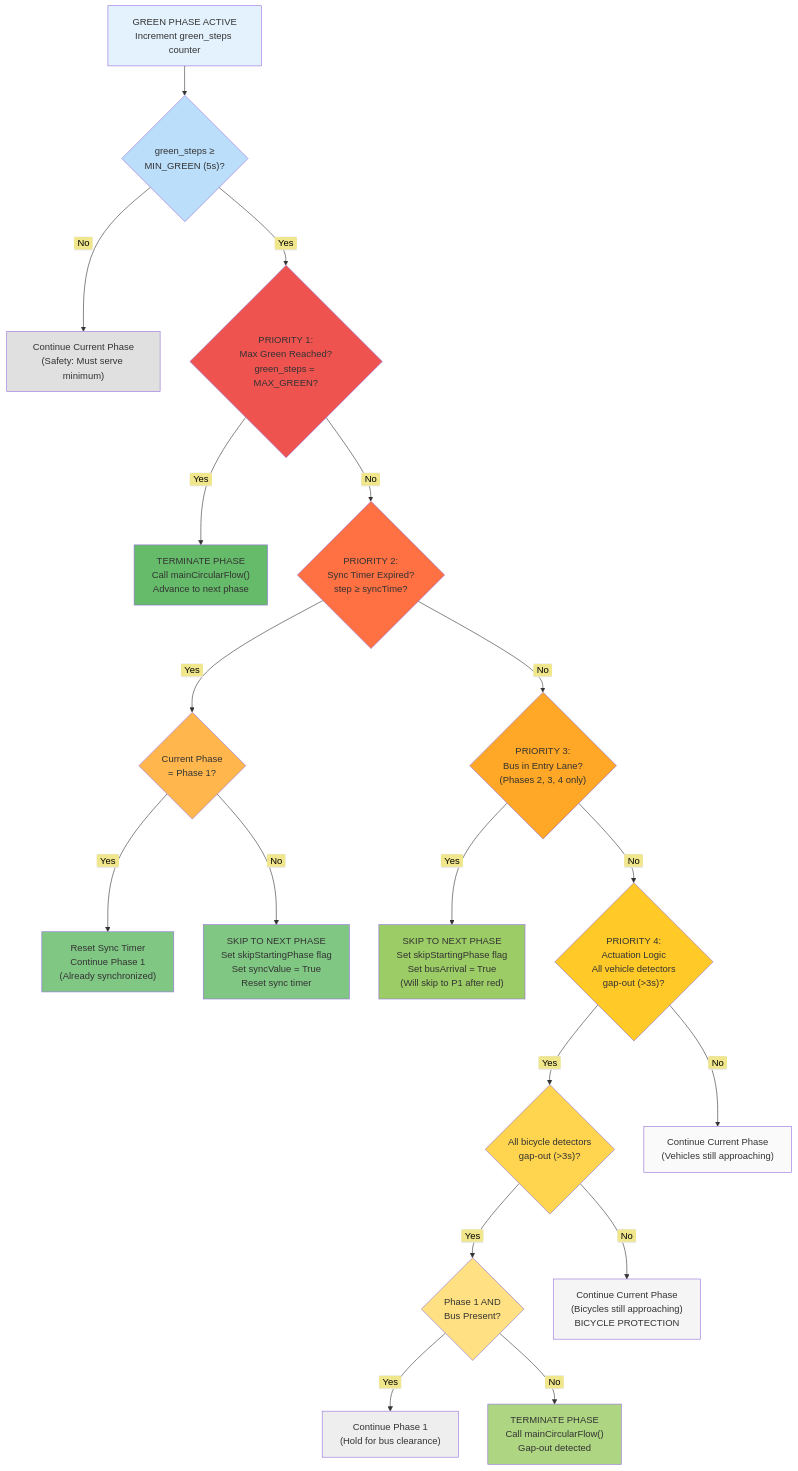
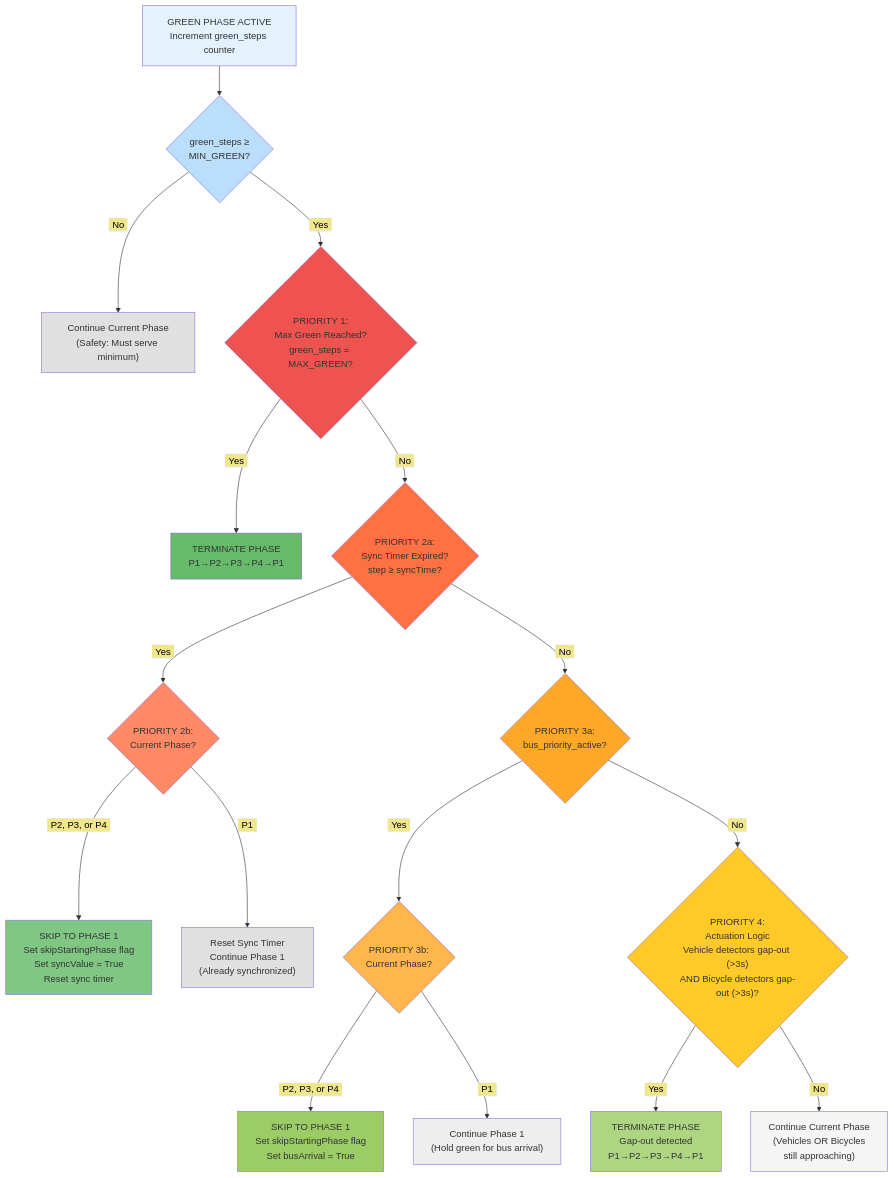
One commit to Chaklader/SignalSyncPro changed the first of 5 diagrams in papers/Rule_Based_Control_DEV.md. Above: the diagram before and after it, drawn with Mermaid. The commit also changed other lines of this file, not shown here.

````diff
--- a/papers/Rule_Based_Control_DEV.md
+++ b/papers/Rule_Based_Control_DEV.md
@@ -53,55 +10,49 @@
 ```mermaid
 flowchart TD
-    GreenStart["GREEN PHASE ACTIVE<br>Increment green_steps counter"] --> MinGreenCheck{"green_steps ≥<br>MIN_GREEN (5s)?"}
+    GreenStart["GREEN PHASE ACTIVE<br>Increment green_steps counter"] --> MinGreenCheck{"green_steps ≥<br>MIN_GREEN?"}
 
     MinGreenCheck -->|<span style='background-color:khaki; color:black; padding:2px 6px; border-radius:3px'>No</span>| Continue0["Continue Current Phase<br>(Safety: Must serve minimum)"]
 
     MinGreenCheck -->|<span style='background-color:khaki; color:black; padding:2px 6px; border-radius:3px'>Yes</span>| Priority1{"PRIORITY 1:<br>Max Green Reached?<br>green_steps = MAX_GREEN?"}
 
-    Priority1 -->|<span style='background-color:khaki; color:black; padding:2px 6px; border-radius:3px'>Yes</span>| Action1["TERMINATE PHASE<br>Call mainCircularFlow()<br>Advance to next phase"]
+    Priority1 -->|<span style='background-color:khaki; color:black; padding:2px 6px; border-radius:3px'>Yes</span>| Action1["TERMINATE PHASE<br>P1→P2→P3→P4→P1"]
 
-    Priority1 -->|<span style='background-color:khaki; color:black; padding:2px 6px; border-radius:3px'>No</span>| Priority2{"PRIORITY 2:<br>Sync Timer Expired?<br>step ≥ syncTime?"}
+    Priority1 -->|<span style='background-color:khaki; color:black; padding:2px 6px; border-radius:3px'>No</span>| Priority2a{"PRIORITY 2a:<br>Sync Timer Expired?<br>step ≥ syncTime?"}
 
-    Priority2 -->|<span style='background-color:khaki; color:black; padding:2px 6px; border-radius:3px'>Yes</span>| CheckPhase2{"Current Phase<br>= Phase 1?"}
+    Priority2a -->|<span style='background-color:khaki; color:black; padding:2px 6px; border-radius:3px'>Yes</span>| Priority2b{"PRIORITY 2b:<br>Current Phase?"}
 
-    CheckPhase2 -->|<span style='background-color:khaki; color:black; padding:2px 6px; border-radius:3px'>Yes</span>| Action2A["Reset Sync Timer<br>Continue Phase 1<br>(Already synchronized)"]
+    Priority2b -->|<span style='background-color:khaki; color:black; padding:2px 6px; border-radius:3px'>P2, P3, or P4</span>| Action2["SKIP TO PHASE 1<br>Set skipStartingPhase flag<br>Set syncValue = True<br>Reset sync timer"]
 
-    CheckPhase2 -->|<span style='background-color:khaki; color:black; padding:2px 6px; border-radius:3px'>No</span>| Action2B["SKIP TO NEXT PHASE<br>Set skipStartingPhase flag<br>Set syncValue = True<br>Reset sync timer"]
+    Priority2b -->|<span style='background-color:khaki; color:black; padding:2px 6px; border-radius:3px'>P1</span>| ContinueSync["Reset Sync Timer<br>Continue Phase 1<br>(Already synchronized)"]
 
-    Priority2 -->|<span style='background-color:khaki; color:black; padding:2px 6px; border-radius:3px'>No</span>| Priority3{"PRIORITY 3:<br>Bus in Entry Lane?<br>(Phases 2, 3, 4 only)"}
+    Priority2a -->|<span style='background-color:khaki; color:black; padding:2px 6px; border-radius:3px'>No</span>| Priority3a{"PRIORITY 3a:<br>bus_priority_active?"}
 
-    Priority3 -->|<span style='background-color:khaki; color:black; padding:2px 6px; border-radius:3px'>Yes</span>| Action3["SKIP TO NEXT PHASE<br>Set skipStartingPhase flag<br>Set busArrival = True<br>(Will skip to P1 after red)"]
+    Priority3a -->|<span style='background-color:khaki; color:black; padding:2px 6px; border-radius:3px'>Yes</span>| Priority3b{"PRIORITY 3b:<br>Current Phase?"}
 
-    Priority3 -->|<span style='background-color:khaki; color:black; padding:2px 6px; border-radius:3px'>No</span>| Priority4{"PRIORITY 4:<br>Actuation Logic<br>All vehicle detectors<br>gap-out (>3s)?"}
+    Priority3b -->|<span style='background-color:khaki; color:black; padding:2px 6px; border-radius:3px'>P2, P3, or P4</span>| Action3["SKIP TO PHASE 1<br>Set skipStartingPhase flag<br>Set busArrival = True"]
 
-    Priority4 -->|<span style='background-color:khaki; color:black; padding:2px 6px; border-radius:3px'>Yes</span>| BikeCheck{"All bicycle detectors<br>gap-out (>3s)?"}
+    Priority3b -->|<span style='background-color:khaki; color:black; padding:2px 6px; border-radius:3px'>P1</span>| ContinueP1["Continue Phase 1<br>(Hold green for bus arrival)"]
 
-    BikeCheck -->|<span style='background-color:khaki; color:black; padding:2px 6px; border-radius:3px'>Yes</span>| BusP1Check{"Phase 1 AND<br>Bus Present?"}
+    Priority3a -->|<span style='background-color:khaki; color:black; padding:2px 6px; border-radius:3px'>No</span>| Priority4{"PRIORITY 4:<br>Actuation Logic<br>Vehicle detectors gap-out (>3s)<br>AND Bicycle detectors gap-out (>3s)?"}
 
-    BusP1Check -->|<span style='background-color:khaki; color:black; padding:2px 6px; border-radius:3px'>Yes</span>| Continue1["Continue Phase 1<br>(Hold for bus clearance)"]
+    Priority4 -->|<span style='background-color:khaki; color:black; padding:2px 6px; border-radius:3px'>Yes</span>| Action4["TERMINATE PHASE<br>Gap-out detected<br>P1→P2→P3→P4→P1"]
 
-    BusP1Check -->|<span style='background-color:khaki; color:black; padding:2px 6px; border-radius:3px'>No</span>| Action4["TERMINATE PHASE<br>Call mainCircularFlow()<br>Gap-out detected"]
-
-    BikeCheck -->|<span style='background-color:khaki; color:black; padding:2px 6px; border-radius:3px'>No</span>| Continue2["Continue Current Phase<br>(Bicycles still approaching)<br>BICYCLE PROTECTION"]
-
-    Priority4 -->|<span style='background-color:khaki; color:black; padding:2px 6px; border-radius:3px'>No</span>| Continue3["Continue Current Phase<br>(Vehicles still approaching)"]
+    Priority4 -->|<span style='background-color:khaki; color:black; padding:2px 6px; border-radius:3px'>No</span>| Continue2["Continue Current Phase<br>(Vehicles OR Bicycles<br>still approaching)"]
 
     style GreenStart fill:#E3F2FD
     style MinGreenCheck fill:#BBDEFB
     style Priority1 fill:#EF5350
-    style Priority2 fill:#FF7043
-    style Priority3 fill:#FFA726
+    style Priority2a fill:#FF7043
+    style Priority2b fill:#FF8A65
+    style Priority3a fill:#FFA726
+    style Priority3b fill:#FFB74D
     style Priority4 fill:#FFCA28
     style Action1 fill:#66BB6A
-    style Action2A fill:#81C784
-    style Action2B fill:#81C784
+    style Action2 fill:#81C784
     style Action3 fill:#9CCC65
     style Action4 fill:#AED581
-    style CheckPhase2 fill:#FFB74D
-    style BikeCheck fill:#FFD54F
-    style BusP1Check fill:#FFE082
+    style ContinueSync fill:#E0E0E0
+    style ContinueP1 fill:#EEEEEE
     style Continue0 fill:#E0E0E0
-    style Continue1 fill:#EEEEEE
     style Continue2 fill:#F5F5F5
-    style Continue3 fill:#FAFAFA
 ```
````
